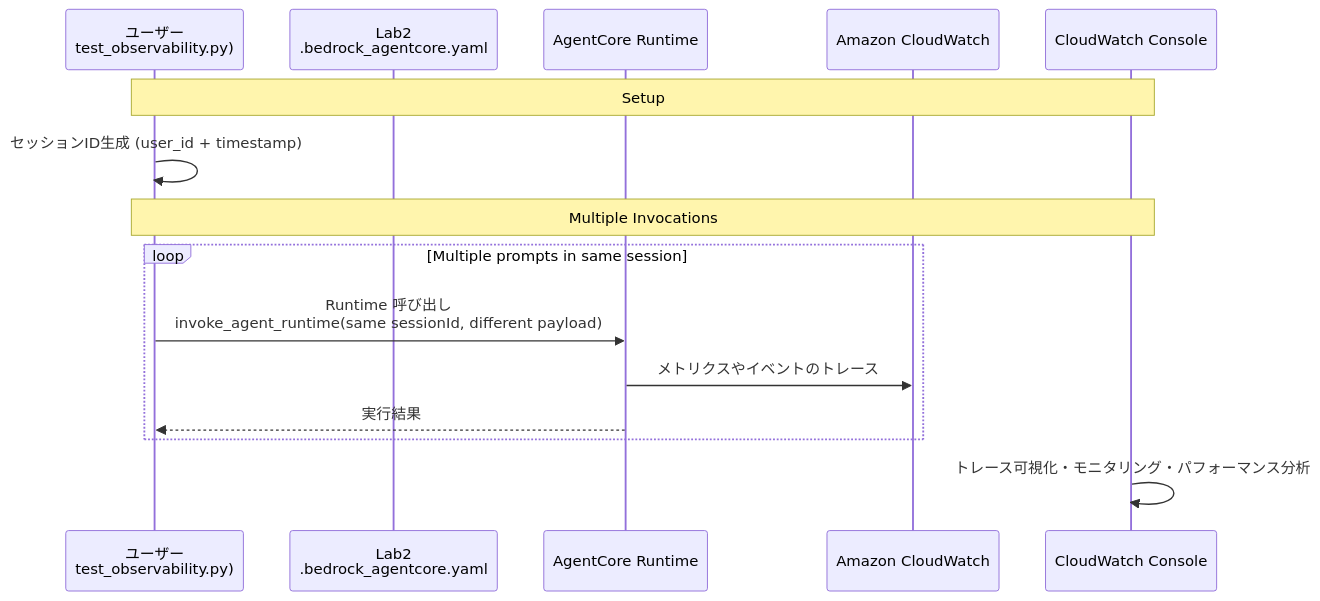
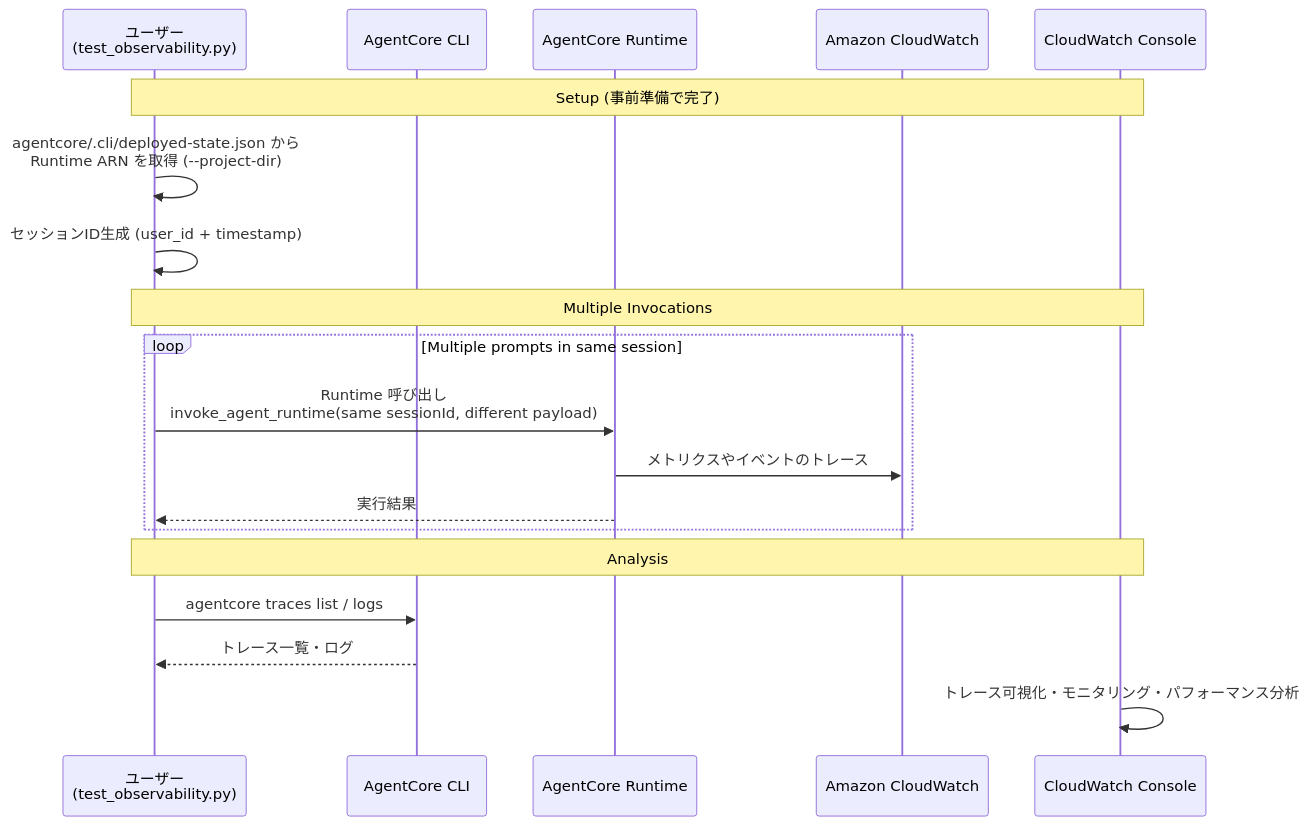
Before and after one commit to aws-samples/sample-amazon-bedrock-agentcore-onboarding: the diagram in 04_observability/README_ja.md, drawn with Mermaid. The commit also changed other lines of this file and 68 other files, not shown here.

First line of the commit message:
feat: migrate labs from Starter Toolkit to AgentCore CLI

````diff
--- a/04_observability/README_ja.md
+++ b/04_observability/README_ja.md
@@ -9,20 +9,24 @@
 ```mermaid
 sequenceDiagram
-    participant Test as ユーザー <br/>test_observability.py)
-    participant Config as Lab2 <br/>.bedrock_agentcore.yaml
+    participant Test as ユーザー<br/>(test_observability.py)
+    participant CLI as AgentCore CLI
     participant AgentCore as AgentCore Runtime
     participant CloudWatch as Amazon CloudWatch
     participant Console as CloudWatch Console
 
-    Note over Test,Console: Setup
+    Note over Test,Console: Setup (事前準備で完了)
+    Test->>Test: agentcore/.cli/deployed-state.json から<br/>Runtime ARN を取得 (--project-dir)
     Test->>Test: セッションID生成 (user_id + timestamp)
-    
+
     Note over Test,Console: Multiple Invocations
     loop Multiple prompts in same session
         Test->>AgentCore: Runtime 呼び出し <br/>invoke_agent_runtime(same sessionId, different payload)
         AgentCore->>CloudWatch: メトリクスやイベントのトレース
         AgentCore-->>Test: 実行結果
     end
 
+    Note over Test,Console: Analysis
+    Test->>CLI: agentcore traces list / logs
+    CLI-->>Test: トレース一覧・ログ
     Console->>Console: トレース可視化・モニタリング・パフォーマンス分析
 ```
````
